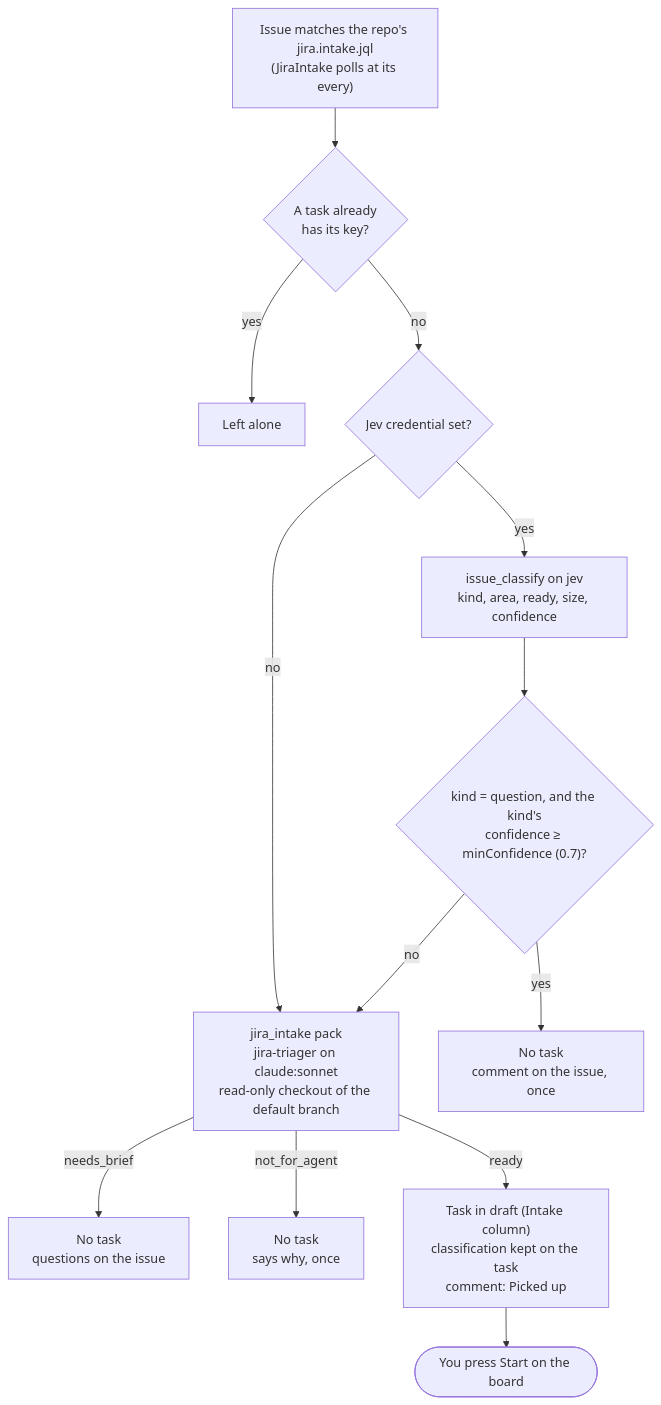
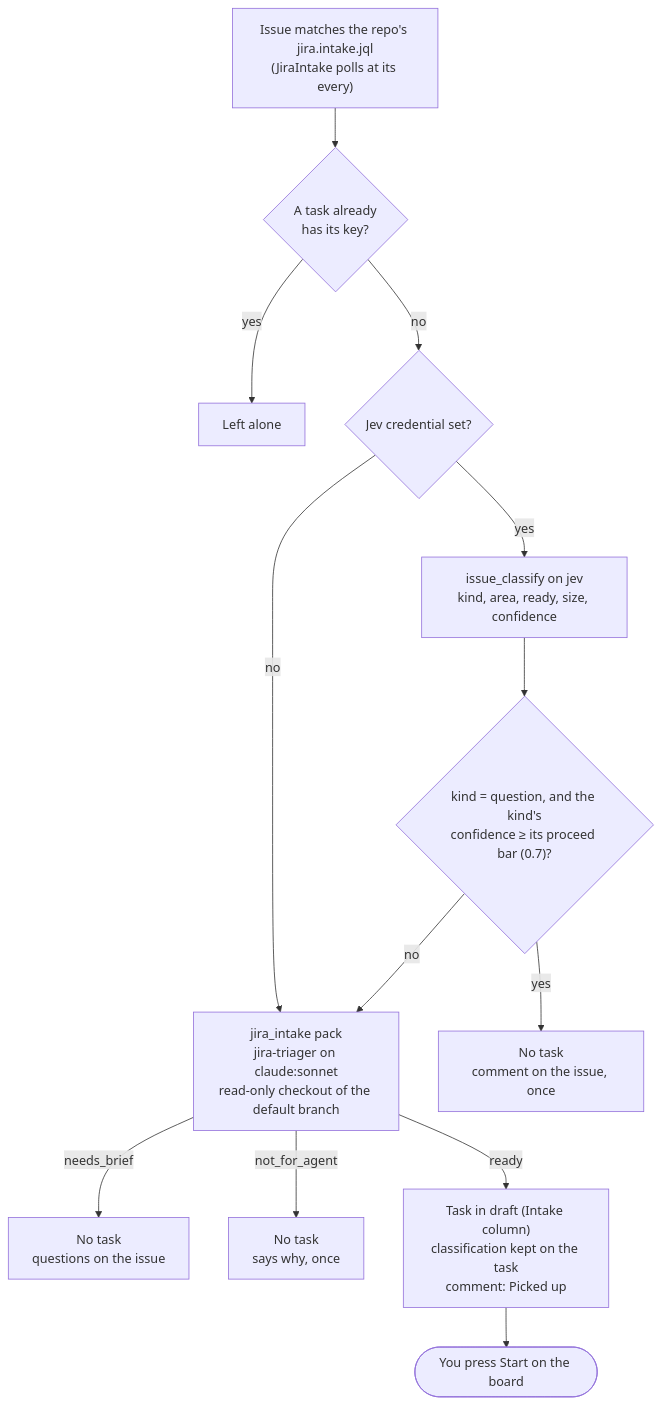
The first of 3 diagrams in docs/architecture.md (HigorAlves/luna-tui), drawn with Mermaid before and after one commit. The commit also changed other lines of this file and 2 other files, not shown here.

Commit message:
docs: wave 0 of RFC 0005 in architecture, api and configuration

````diff
--- a/docs/architecture.md
+++ b/docs/architecture.md
@@ -81,15 +81,15 @@
 ```mermaid
 flowchart TD
   jql["Issue matches the repo's jira.intake.jql<br/>(JiraIntake polls at its every)"] --> known{"A task already<br/>has its key?"}
   known -- yes --> skip["Left alone"]
   known -- no --> jev{"Jev credential set?"}
   jev -- yes --> classify["issue_classify on jev<br/>kind, area, ready, size, confidence"]
   jev -- no --> intake
-  classify --> question{"kind = question, and the kind's<br/>confidence ≥ minConfidence (0.7)?"}
+  classify --> question{"kind = question, and the kind's<br/>confidence ≥ its proceed bar (0.7)?"}
   question -- yes --> declined["No task<br/>comment on the issue, once"]
   question -- no --> intake["jira_intake pack<br/>jira-triager on claude:sonnet<br/>read-only checkout of the default branch"]
   intake -- needs_brief --> brief["No task<br/>questions on the issue"]
   intake -- not_for_agent --> nfa["No task<br/>says why, once"]
   intake -- ready --> task["Task in draft (Intake column)<br/>classification kept on the task<br/>comment: Picked up"]
   task --> start(["You press Start on the board"])
 ```
````
